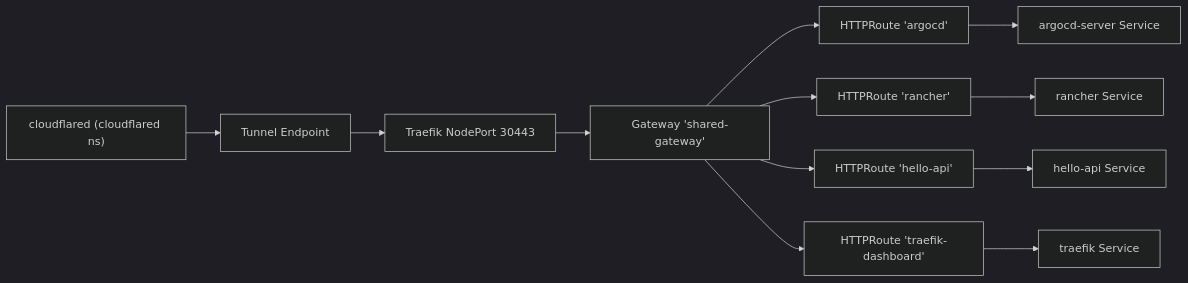
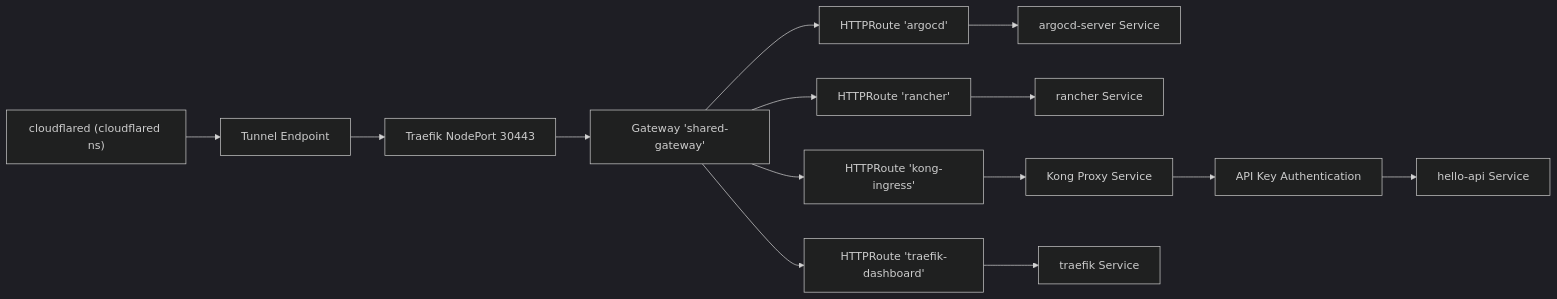
The third of 3 diagrams in .qoder/repowiki/en/content/Architecture and Design/Network Flow and Ingress Architecture.md (Hoangvu75/k8s_manifest), drawn with Mermaid (dark theme) before and after one commit. The commit also changed other lines of this file and 2 other files, not shown here.

Commit message:
docs: add Kong Gateway guide + update README and network flow

````diff
--- a/.qoder/repowiki/en/content/Architecture and Design/Network Flow and Ingress Architecture.md
+++ b/.qoder/repowiki/en/content/Architecture and Design/Network Flow and Ingress Architecture.md
@@ -280,14 +331,16 @@
 ```mermaid
 graph LR
 CF["cloudflared (cloudflared ns)"] --> TN["Tunnel Endpoint"]
 TN --> NP["Traefik NodePort 30443"]
 NP --> GW["Gateway 'shared-gateway'"]
 GW --> HC["HTTPRoute 'argocd'"]
 GW --> HR["HTTPRoute 'rancher'"]
-GW --> HA["HTTPRoute 'hello-api'"]
+GW --> HK["HTTPRoute 'kong-ingress'"]
 GW --> HD["HTTPRoute 'traefik-dashboard'"]
 HC --> AS["argocd-server Service"]
 HR --> RS["rancher Service"]
-HA --> HS["hello-api Service"]
+HK --> KP["Kong Proxy Service"]
+KP --> KA["API Key Authentication"]
+KA --> HS["hello-api Service"]
 HD --> TS["traefik Service"]
 ```
````
